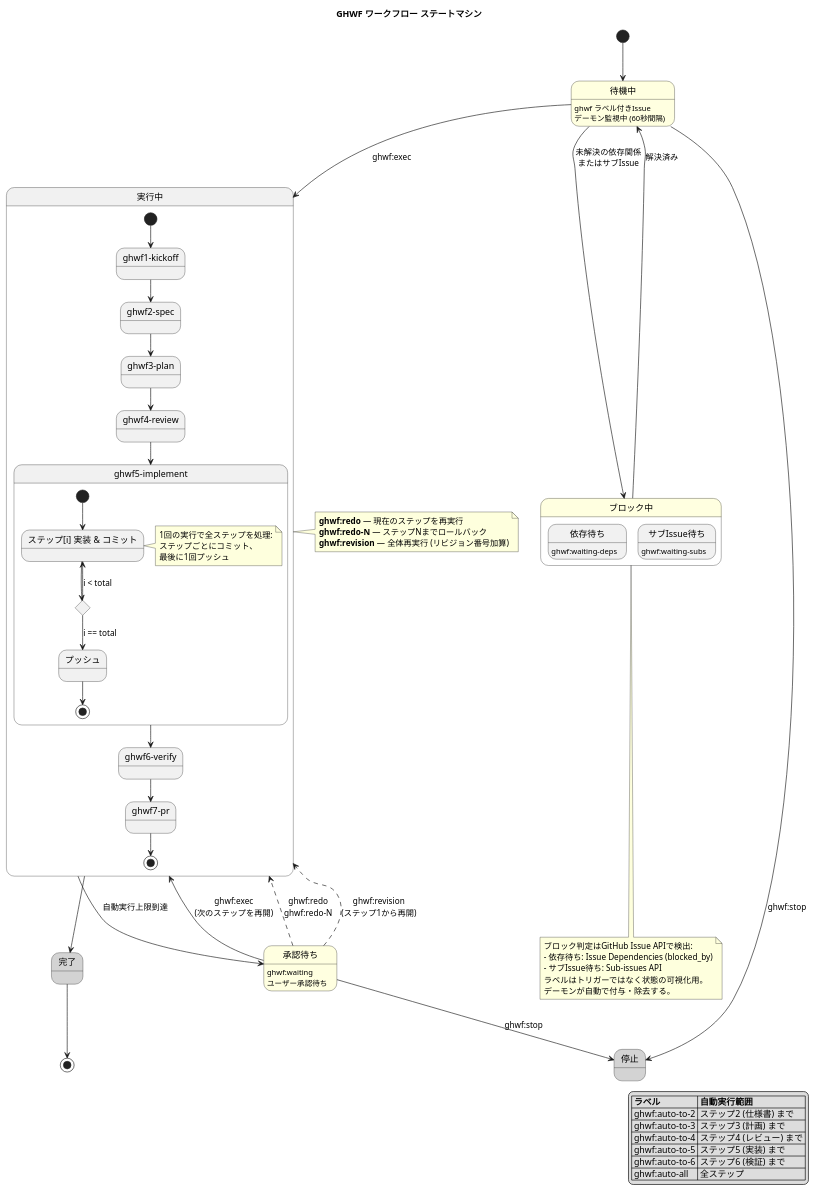
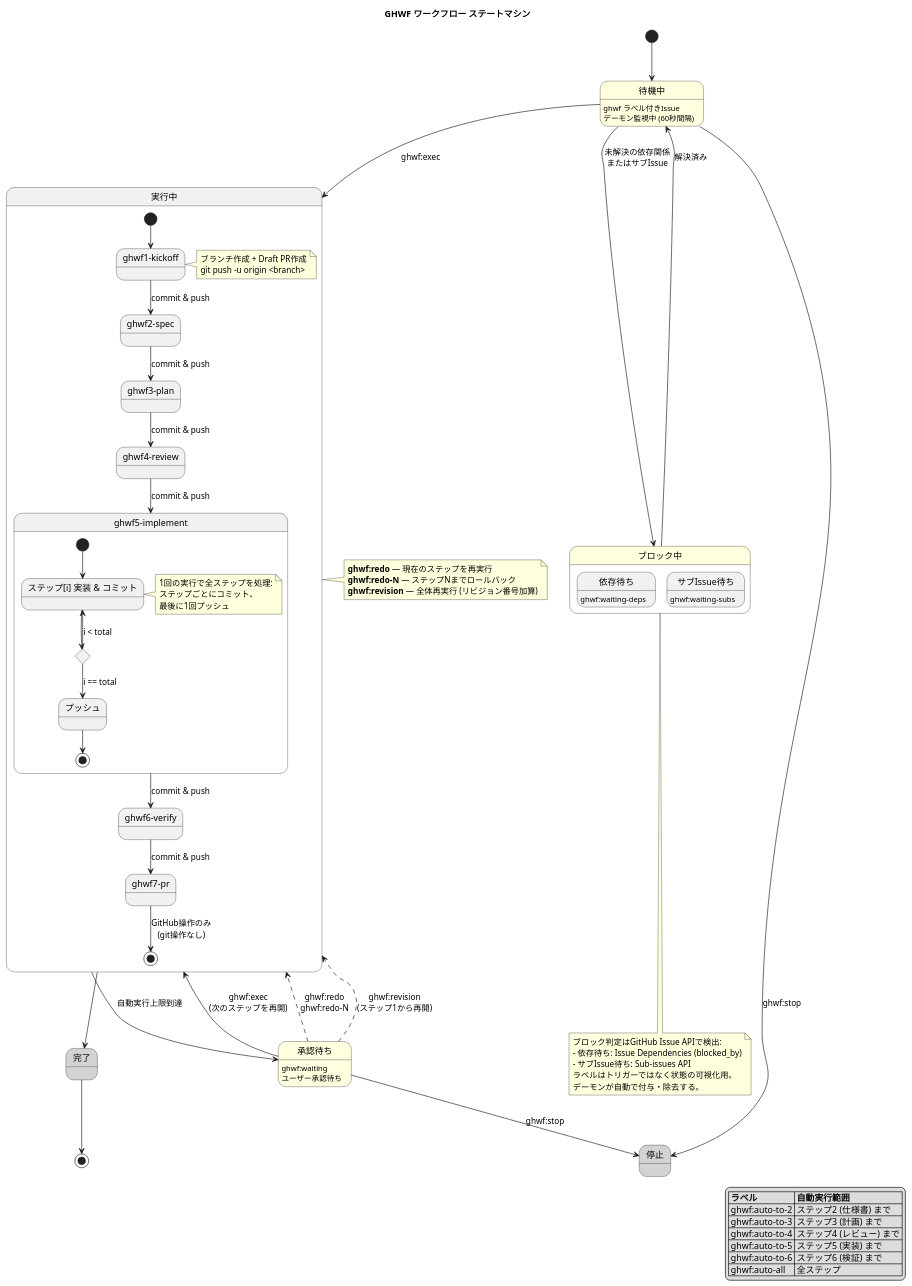
One commit to ShotaIuchi/dotclaude changed the diagram in docs/diagrams/ghwf-state-machine.puml. Above: the diagram before and after it, drawn with PlantUML.

Commit message:
docs: GHWFステートマシン図にステップ間遷移ラベルとkickoffノートを追加
各ステップ間の遷移にcommit & pushラベルを付与し、
ghwf1-kickoffにブランチ作成とDraft PR作成のノートを追加。
ghwf7-prはGitHub操作のみであることを明記。

```diff
--- a/docs/diagrams/ghwf-state-machine.puml
+++ b/docs/diagrams/ghwf-state-machine.puml
@@ -1,124 +1,128 @@
 @startuml ghwf-state-machine
 title GHWF ワークフロー ステートマシン
 
 skinparam state {
   BackgroundColor<<loop>> LightGreen
   BackgroundColor<<terminal>> LightGray
   BackgroundColor<<daemon>> LightYellow
 }
 
 [*] --> Idle
 
 state "待機中" as Idle <<daemon>> {
   Idle : ghwf ラベル付きIssue
   Idle : デーモン監視中 (60秒間隔)
 }
 
 ' ===== 実行中 (ghwf1-7) =====
 
 state "実行中" as Exec {
 
   state "ghwf1-kickoff" as S1
+  note right of S1
+    ブランチ作成 + Draft PR作成
+    git push -u origin <branch>
+  end note
   state "ghwf2-spec" as S2
   state "ghwf3-plan" as S3
   state "ghwf4-review" as S4
   state "ghwf5-implement" as S5 {
     state "ステップ[i] 実装 & コミット" as S5i
     state "全完了?" as S5check <<choice>>
     state "プッシュ" as S5push
 
     [*] --> S5i
     S5i --> S5check
     S5check --> S5i : i < total
     S5check --> S5push : i == total
     S5push --> [*]
 
     note right of S5i
       1回の実行で全ステップを処理:
       ステップごとにコミット、
       最後に1回プッシュ
     end note
   }
   state "ghwf6-verify" as S6
   state "ghwf7-pr" as S7
 
   [*] --> S1
-  S1 --> S2
-  S2 --> S3
-  S3 --> S4
-  S4 --> S5
-  S5 --> S6
-  S6 --> S7
-  S7 --> [*]
+  S1 --> S2 : commit & push
+  S2 --> S3 : commit & push
+  S3 --> S4 : commit & push
+  S4 --> S5 : commit & push
+  S5 --> S6 : commit & push
+  S6 --> S7 : commit & push
+  S7 --> [*] : GitHub操作のみ\n(git操作なし)
 }
 
 ' ===== 通常フロー =====
 
 Idle --> Exec : ghwf:exec
 
 state "完了" as Done <<terminal>>
 Exec --> Done
 Done --> [*]
 
 ' ===== 承認待ち =====
 
 state "承認待ち" as Wait <<daemon>> {
   Wait : ghwf:waiting
   Wait : ユーザー承認待ち
 }
 
 Exec --> Wait : 自動実行上限到達
 Wait --> Exec : ghwf:exec\n(次のステップを再開)
 
 ' ===== やり直し / リビジョン =====
 
 Wait -[dashed]-> Exec : ghwf:redo\nghwf:redo-N
 Wait -[dashed]-> Exec : ghwf:revision\n(ステップ1から再開)
 
 note right of Exec
   **ghwf:redo** — 現在のステップを再実行
   **ghwf:redo-N** — ステップNまでロールバック
   **ghwf:revision** — 全体再実行 (リビジョン番号加算)
 end note
 
 ' ===== ブロック中 =====
 
 state "ブロック中" as Block <<daemon>> {
   state "依存待ち" as WDep
   state "サブIssue待ち" as WSub
 
   WDep : ghwf:waiting-deps
   WSub : ghwf:waiting-subs
 }
 
 Idle --> Block : 未解決の依存関係\nまたはサブIssue
 Block --> Idle : 解決済み
 
 note bottom of Block
   ブロック判定はGitHub Issue APIで検出:
   - 依存待ち: Issue Dependencies (blocked_by)
   - サブIssue待ち: Sub-issues API
   ラベルはトリガーではなく状態の可視化用。
   デーモンが自動で付与・除去する。
 end note
 
 ' ===== 停止 =====
 
 state "停止" as Stop <<terminal>>
 
 Wait --> Stop : ghwf:stop
 Idle --> Stop : ghwf:stop
 
 ' ===== 凡例 =====
 
 legend right
   |= ラベル |= 自動実行範囲 |
   | ghwf:auto-to-2 | ステップ2 (仕様書) まで |
   | ghwf:auto-to-3 | ステップ3 (計画) まで |
   | ghwf:auto-to-4 | ステップ4 (レビュー) まで |
   | ghwf:auto-to-5 | ステップ5 (実装) まで |
   | ghwf:auto-to-6 | ステップ6 (検証) まで |
   | ghwf:auto-all | 全ステップ |
 endlegend
 
 @enduml
```
